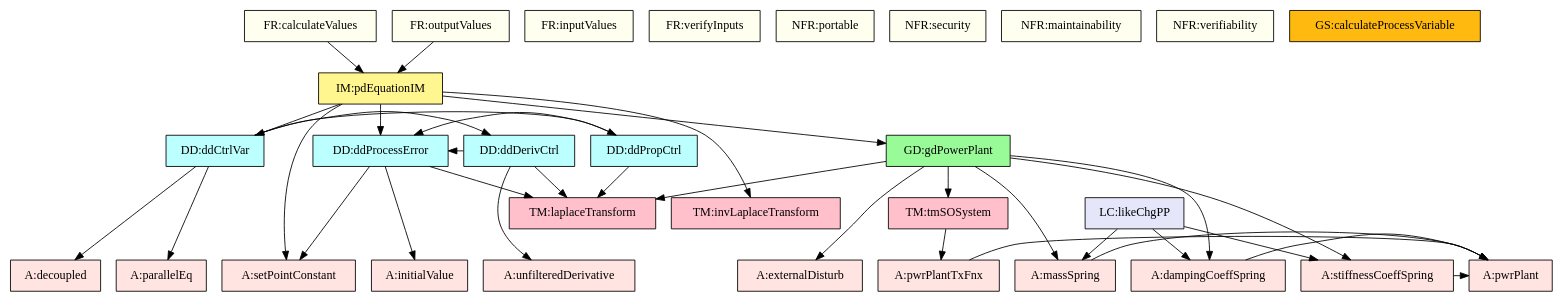
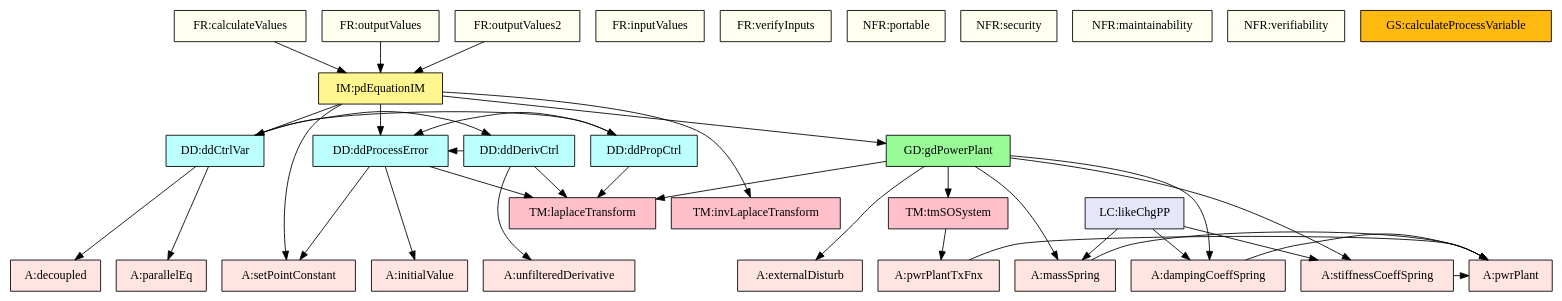
Before and after one commit to JacquesCarette/Drasil: the diagram in code/stable/pdcontroller/TraceyGraph/allvsall.dot, drawn with Graphviz. The commit also changed 37 other files, not shown here.

```diff
--- a/code/stable/pdcontroller/TraceyGraph/allvsall.dot
+++ b/code/stable/pdcontroller/TraceyGraph/allvsall.dot
@@ -1,97 +1,99 @@
 digraph "allvsall" {
     "instance:pwrPlantTxFnx" -> "instance:pwrPlant";
     "instance:massSpring" -> "instance:pwrPlant";
     "instance:dampingCoeffSpring" -> "instance:pwrPlant";
     "instance:stiffnessCoeffSpring" -> "instance:pwrPlant";
     "dataDefn:dqdProcessErrorFD" -> "instance:setPointConstant";
     "dataDefn:dqdProcessErrorFD" -> "instance:initialValue";
     "dataDefn:dqdProcessErrorFD" -> "theory:laplaceRC";
     "dataDefn:dqdPropControlFD" -> "dataDefn:dqdProcessErrorFD";
     "dataDefn:dqdPropControlFD" -> "theory:laplaceRC";
     "dataDefn:dqdDerivativeControlFD" -> "instance:unfilteredDerivative";
     "dataDefn:dqdDerivativeControlFD" -> "dataDefn:dqdProcessErrorFD";
     "dataDefn:dqdDerivativeControlFD" -> "theory:laplaceRC";
     "dataDefn:dqdCtrlVarFD" -> "instance:decoupled";
     "dataDefn:dqdCtrlVarFD" -> "instance:parallelEq";
     "dataDefn:dqdCtrlVarFD" -> "dataDefn:dqdPropControlFD";
     "dataDefn:dqdCtrlVarFD" -> "dataDefn:dqdDerivativeControlFD";
     "theory:tmSOSystemRC" -> "instance:pwrPlantTxFnx";
     "theory:gdPowerPlantRC" -> "instance:externalDisturb";
     "theory:gdPowerPlantRC" -> "instance:massSpring";
     "theory:gdPowerPlantRC" -> "instance:dampingCoeffSpring";
     "theory:gdPowerPlantRC" -> "instance:stiffnessCoeffSpring";
     "theory:gdPowerPlantRC" -> "theory:laplaceRC";
     "theory:gdPowerPlantRC" -> "theory:tmSOSystemRC";
     "theory:imPDRC" -> "instance:setPointConstant";
     "theory:imPDRC" -> "dataDefn:dqdProcessErrorFD";
     "theory:imPDRC" -> "dataDefn:dqdCtrlVarFD";
     "theory:imPDRC" -> "theory:invLaplaceRC";
     "theory:imPDRC" -> "theory:gdPowerPlantRC";
     "instance:calculateValues" -> "theory:imPDRC";
     "instance:outputValues" -> "theory:imPDRC";
+    "instance:outputValues2" -> "theory:imPDRC";
     "instance:likeChgPP" -> "instance:massSpring";
     "instance:likeChgPP" -> "instance:dampingCoeffSpring";
     "instance:likeChgPP" -> "instance:stiffnessCoeffSpring";
     "instance:pwrPlant" [shape=box, color=black, style=filled, fillcolor="mistyrose", label="A:pwrPlant"];
     "instance:decoupled" [shape=box, color=black, style=filled, fillcolor="mistyrose", label="A:decoupled"];
     "instance:setPointConstant" [shape=box, color=black, style=filled, fillcolor="mistyrose", label="A:setPointConstant"];
     "instance:externalDisturb" [shape=box, color=black, style=filled, fillcolor="mistyrose", label="A:externalDisturb"];
     "instance:initialValue" [shape=box, color=black, style=filled, fillcolor="mistyrose", label="A:initialValue"];
     "instance:parallelEq" [shape=box, color=black, style=filled, fillcolor="mistyrose", label="A:parallelEq"];
     "instance:unfilteredDerivative" [shape=box, color=black, style=filled, fillcolor="mistyrose", label="A:unfilteredDerivative"];
     "instance:pwrPlantTxFnx" [shape=box, color=black, style=filled, fillcolor="mistyrose", label="A:pwrPlantTxFnx"];
     "instance:massSpring" [shape=box, color=black, style=filled, fillcolor="mistyrose", label="A:massSpring"];
     "instance:dampingCoeffSpring" [shape=box, color=black, style=filled, fillcolor="mistyrose", label="A:dampingCoeffSpring"];
     "instance:stiffnessCoeffSpring" [shape=box, color=black, style=filled, fillcolor="mistyrose", label="A:stiffnessCoeffSpring"];
     subgraph "A" {
         rank="same";
         "instance:pwrPlant" "instance:decoupled" "instance:setPointConstant" "instance:externalDisturb" "instance:initialValue" "instance:parallelEq" "instance:unfilteredDerivative" "instance:pwrPlantTxFnx" "instance:massSpring" "instance:dampingCoeffSpring" "instance:stiffnessCoeffSpring";
     }
     "dataDefn:dqdProcessErrorFD" [shape=box, color=black, style=filled, fillcolor="paleturquoise1", label="DD:ddProcessError"];
     "dataDefn:dqdPropControlFD" [shape=box, color=black, style=filled, fillcolor="paleturquoise1", label="DD:ddPropCtrl"];
     "dataDefn:dqdDerivativeControlFD" [shape=box, color=black, style=filled, fillcolor="paleturquoise1", label="DD:ddDerivCtrl"];
     "dataDefn:dqdCtrlVarFD" [shape=box, color=black, style=filled, fillcolor="paleturquoise1", label="DD:ddCtrlVar"];
     subgraph "DD" {
         rank="same";
         "dataDefn:dqdProcessErrorFD" "dataDefn:dqdPropControlFD" "dataDefn:dqdDerivativeControlFD" "dataDefn:dqdCtrlVarFD";
     }
     "theory:laplaceRC" [shape=box, color=black, style=filled, fillcolor="pink", label="TM:laplaceTransform"];
     "theory:invLaplaceRC" [shape=box, color=black, style=filled, fillcolor="pink", label="TM:invLaplaceTransform"];
     "theory:tmSOSystemRC" [shape=box, color=black, style=filled, fillcolor="pink", label="TM:tmSOSystem"];
     subgraph "TM" {
         rank="same";
         "theory:laplaceRC" "theory:invLaplaceRC" "theory:tmSOSystemRC";
     }
     "theory:gdPowerPlantRC" [shape=box, color=black, style=filled, fillcolor="palegreen", label="GD:gdPowerPlant"];
     subgraph "GD" {
         rank="same";
         "theory:gdPowerPlantRC";
     }
     "theory:imPDRC" [shape=box, color=black, style=filled, fillcolor="khaki1", label="IM:pdEquationIM"];
     subgraph "IM" {
         rank="same";
         "theory:imPDRC";
     }
     "instance:inputValues" [shape=box, color=black, style=filled, fillcolor="ivory", label="FR:inputValues"];
     "instance:verifyInputs" [shape=box, color=black, style=filled, fillcolor="ivory", label="FR:verifyInputs"];
     "instance:calculateValues" [shape=box, color=black, style=filled, fillcolor="ivory", label="FR:calculateValues"];
     "instance:outputValues" [shape=box, color=black, style=filled, fillcolor="ivory", label="FR:outputValues"];
     "instance:portable" [shape=box, color=black, style=filled, fillcolor="ivory", label="NFR:portable"];
     "instance:security" [shape=box, color=black, style=filled, fillcolor="ivory", label="NFR:security"];
     "instance:maintainability" [shape=box, color=black, style=filled, fillcolor="ivory", label="NFR:maintainability"];
     "instance:verifiability" [shape=box, color=black, style=filled, fillcolor="ivory", label="NFR:verifiability"];
+    "instance:outputValues2" [shape=box, color=black, style=filled, fillcolor="ivory", label="FR:outputValues2"];
     subgraph "FR" {
         rank="same";
-        "instance:inputValues" "instance:verifyInputs" "instance:calculateValues" "instance:outputValues" "instance:portable" "instance:security" "instance:maintainability" "instance:verifiability";
+        "instance:inputValues" "instance:verifyInputs" "instance:calculateValues" "instance:outputValues" "instance:portable" "instance:security" "instance:maintainability" "instance:verifiability" "instance:outputValues2";
     }
     "instance:calculateProcessVariable" [shape=box, color=black, style=filled, fillcolor="darkgoldenrod1", label="GS:calculateProcessVariable"];
     subgraph "GS" {
         rank="same";
         "instance:calculateProcessVariable";
     }
     "instance:likeChgPP" [shape=box, color=black, style=filled, fillcolor="lavender", label="LC:likeChgPP"];
     subgraph "LC" {
         rank="same";
         "instance:likeChgPP";
     }
 }
```
